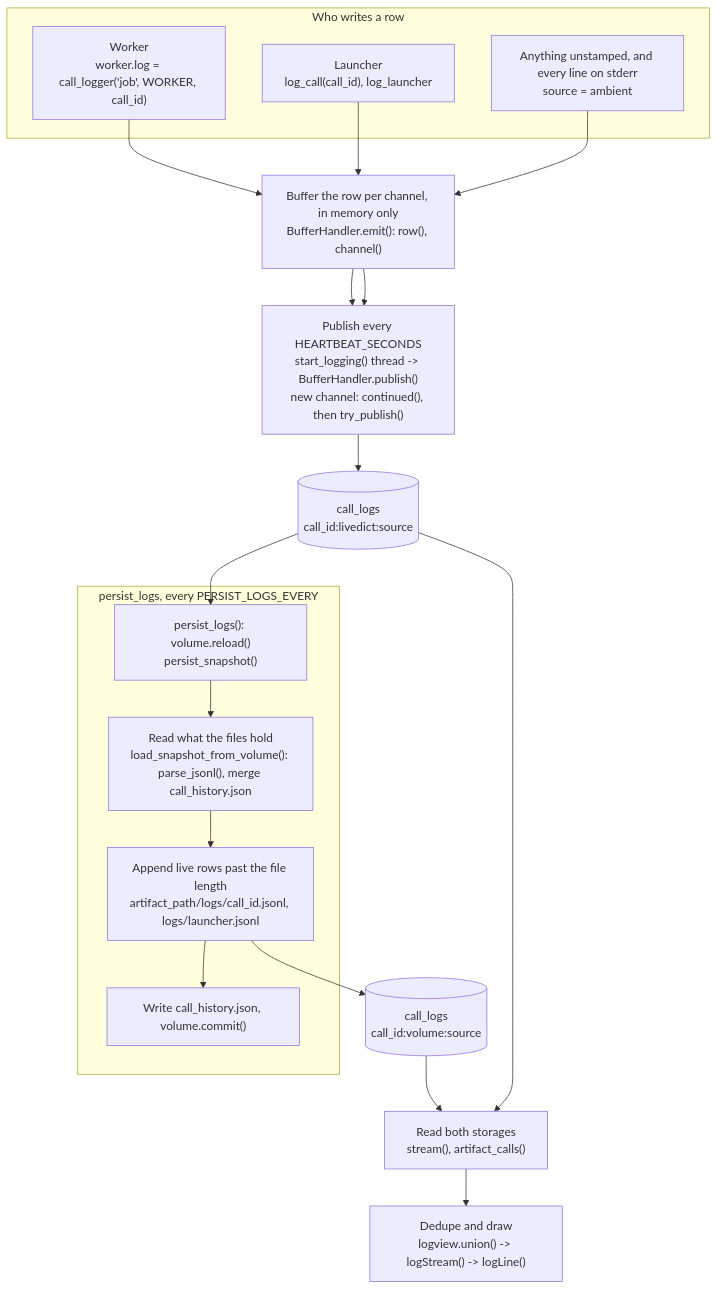
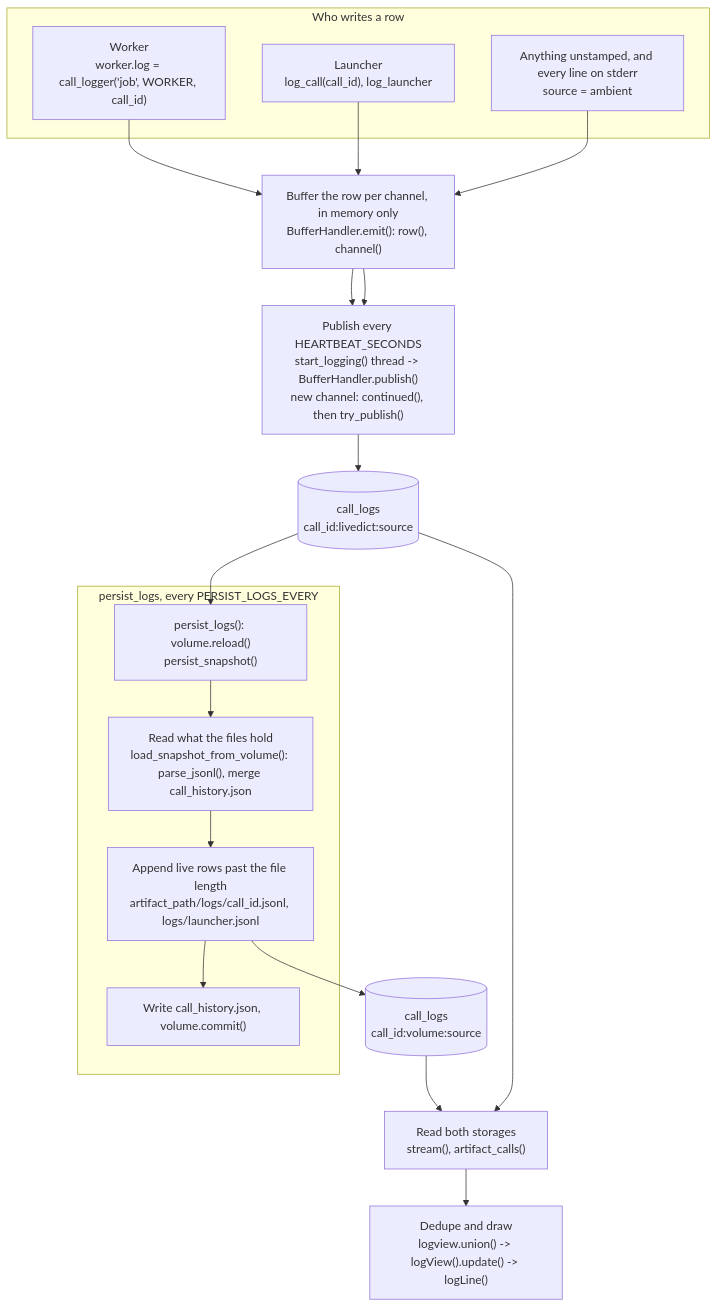
The diagram in docs/logging.md (ocanphys/launchpad), drawn with Mermaid before and after one commit. The commit also changed other lines of this file and 4 other files, not shown here.

Commit message:
dashboard: a log view made once that builds only new lines

````diff
--- a/docs/logging.md
+++ b/docs/logging.md
@@ -32,26 +32,26 @@
 ```mermaid
 flowchart TD
   subgraph writers ["Who writes a row"]
     WL["Worker<br/>worker.log = call_logger('job', WORKER, call_id)"]
     LL["Launcher<br/>log_call(call_id), log_launcher"]
     AL["Anything unstamped, and every line on stderr<br/>source = ambient"]
   end
   WL --> BH
   LL --> BH
   AL --> BH
   BH["Buffer the row per channel, in memory only<br/>BufferHandler.emit(): row(), channel()"] --> PT["Publish every HEARTBEAT_SECONDS<br/>start_logging() thread -> BufferHandler.publish()<br/>new channel: continued(), then try_publish()"]
   BH["Buffer the row per channel, in memory only<br/>BufferHandler.emit(): row(), channel()"] --> PT["Publish every HEARTBEAT_SECONDS<br/>start_logging() thread -> BufferHandler.publish()<br/>new channel: continued(), then try_publish()"]
   PT --> LIVE[("call_logs<br/>call_id:livedict:source")]
 
   subgraph persist ["persist_logs, every PERSIST_LOGS_EVERY"]
     PS["persist_logs(): volume.reload()<br/>persist_snapshot()"] --> LS["Read what the files hold<br/>load_snapshot_from_volume(): parse_jsonl(), merge call_history.json"]
     LS --> AP["Append live rows past the file length<br/>artifact_path/logs/call_id.jsonl, logs/launcher.jsonl"]
     AP --> CH["Write call_history.json, volume.commit()"]
   end
   LIVE --> PS
   AP --> VOL[("call_logs<br/>call_id:volume:source")]
 
   LIVE --> RD["Read both storages<br/>stream(), artifact_calls()"]
   VOL --> RD
-  RD --> UI["Dedupe and draw<br/>logview.union() -> logStream() -> logLine()"]
+  RD --> UI["Dedupe and draw<br/>logview.union() -> logView().update() -> logLine()"]
 ```
````
